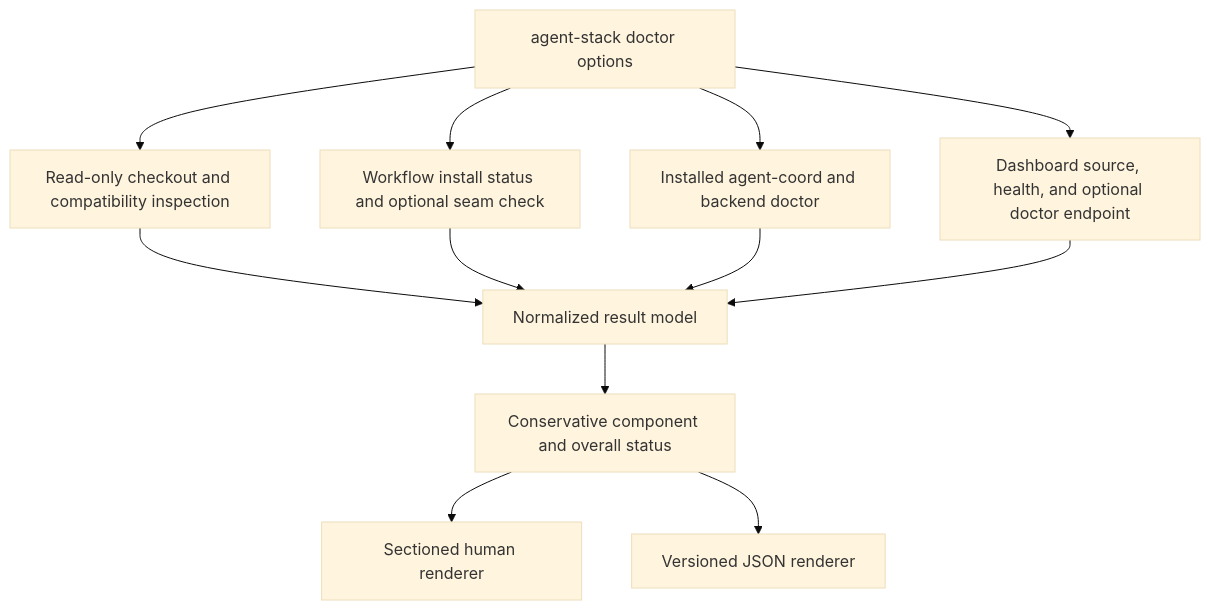
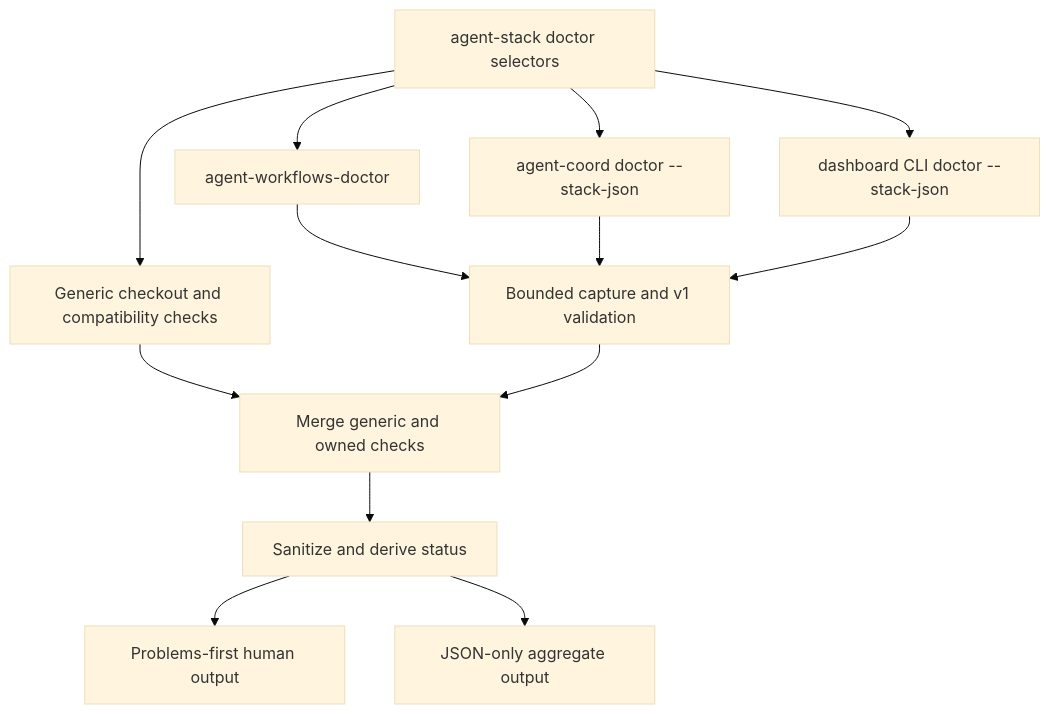
Before and after one commit to shakacode/agent-workflows: the diagram in docs/plans/2026-07-12-001-feat-master-stack-doctor-plan.md, drawn with Mermaid (base theme). The commit also changed other lines of this file and 12 other files, not shown here.

Commit message:
Refactor stack doctor into component contracts

````diff
--- a/docs/plans/2026-07-12-001-feat-master-stack-doctor-plan.md
+++ b/docs/plans/2026-07-12-001-feat-master-stack-doctor-plan.md
@@ -112,14 +111,15 @@
 ```mermaid
 flowchart TB
-  C["agent-stack doctor options"] --> D["Read-only checkout and compatibility inspection"]
-  C --> W["Workflow install status and optional seam check"]
-  C --> A["Installed agent-coord and backend doctor"]
-  C --> H["Dashboard source, health, and optional doctor endpoint"]
-  D --> N["Normalized result model"]
-  W --> N
-  A --> N
-  H --> N
-  N --> S["Conservative component and overall status"]
-  S --> T["Sectioned human renderer"]
-  S --> J["Versioned JSON renderer"]
+  C["agent-stack doctor selectors"] --> G["Generic checkout and compatibility checks"]
+  C --> W["agent-workflows-doctor"]
+  C --> A["agent-coord doctor --stack-json"]
+  C --> D["dashboard CLI doctor --stack-json"]
+  W --> V["Bounded capture and v1 validation"]
+  A --> V
+  D --> V
+  G --> M["Merge generic and owned checks"]
+  V --> M
+  M --> S["Sanitize and derive status"]
+  S --> H["Problems-first human output"]
+  S --> J["JSON-only aggregate output"]
 ```
````
